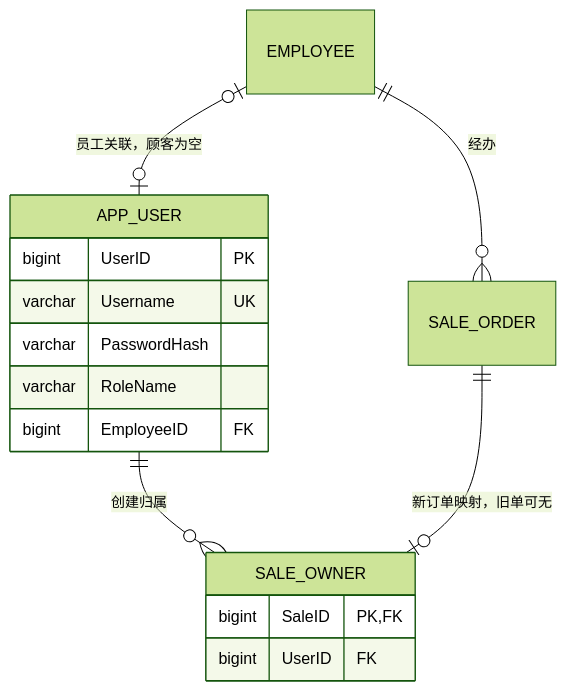
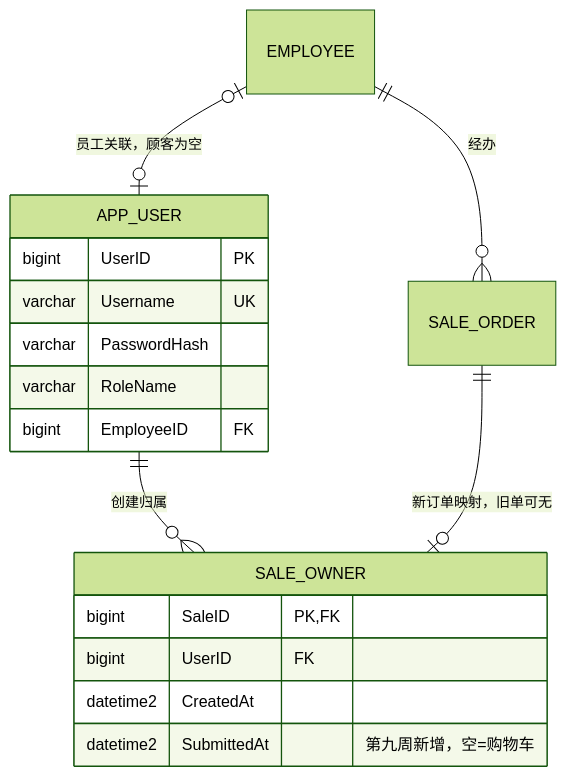
The first of 2 diagrams in docs/week7-application/architecture.md (yunf161/DataBase-2026-lab), drawn with Mermaid (forest theme) before and after one commit. The commit also changed other lines of this file and 267 other files, not shown here.

````diff
--- a/docs/week7-application/architecture.md
+++ b/docs/week7-application/architecture.md
@@ -33,18 +34,20 @@
 ```mermaid
 erDiagram
     EMPLOYEE o|--o| APP_USER : "员工关联，顾客为空"
     EMPLOYEE ||--o{ SALE_ORDER : "经办"
     APP_USER ||--o{ SALE_OWNER : "创建归属"
     SALE_ORDER ||--o| SALE_OWNER : "新订单映射，旧单可无"
     APP_USER {
         bigint UserID PK
         varchar Username UK
         varchar PasswordHash
         varchar RoleName
         bigint EmployeeID FK
     }
     SALE_OWNER {
         bigint SaleID PK,FK
         bigint UserID FK
+        datetime2 CreatedAt
+        datetime2 SubmittedAt "第九周新增，空=购物车"
     }
 ```
````
